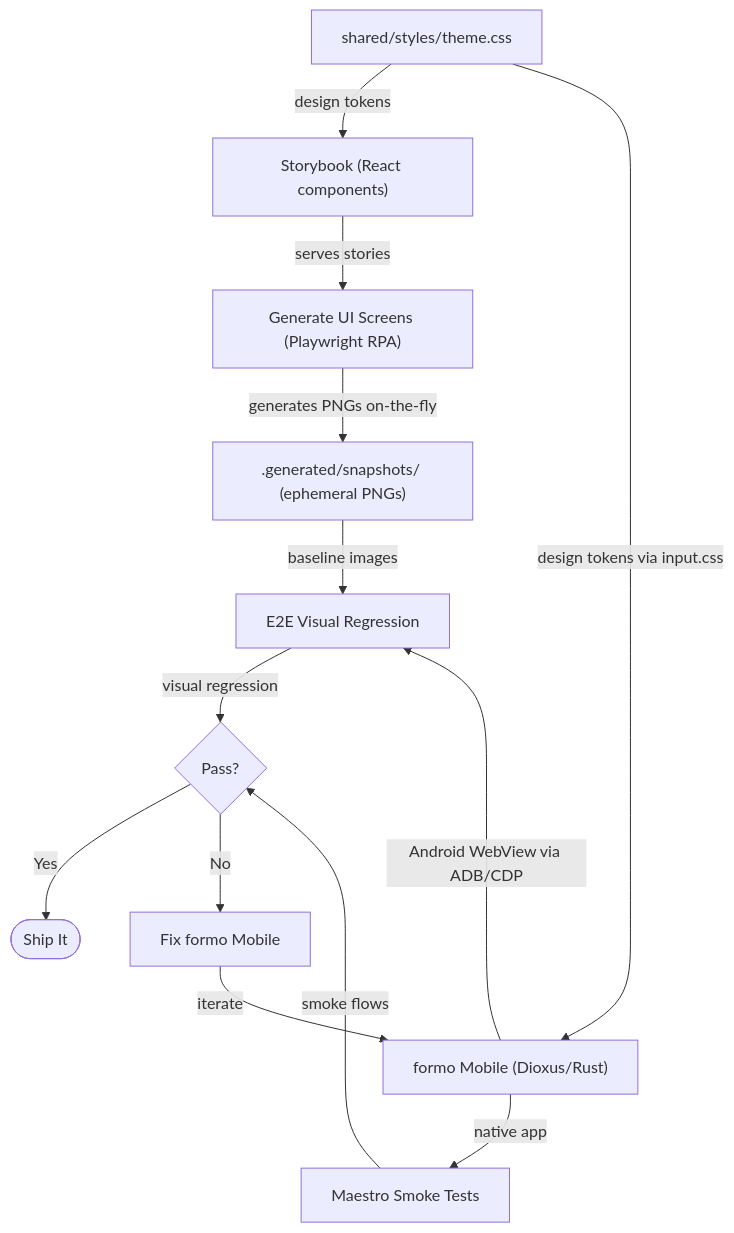
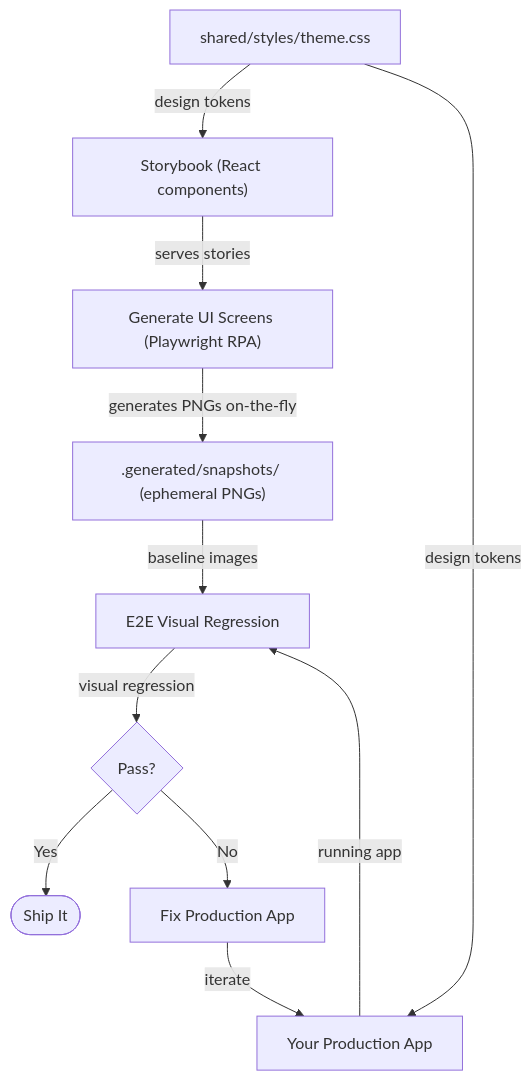
Before and after one commit to virgenherrera/Cross-UI-Template: the second of 5 diagrams in docs/architecture.md, drawn with Mermaid. The commit also changed other lines of this file and 43 other files, not shown here.

````diff
--- a/docs/architecture.md
+++ b/docs/architecture.md
@@ -144,24 +123,21 @@
 ```mermaid
 %% Full data flow showing shared theme and artifact paths
 flowchart TD
     Theme["shared/styles/theme.css"]
     SB["Storybook (React components)"]
     AG["Generate UI Screens (Playwright RPA)"]
     PNG[".generated/snapshots/ (ephemeral PNGs)"]
-    Mobile["formo Mobile (Dioxus/Rust)"]
+    App["Your Production App"]
     E2E["E2E Visual Regression"]
-    Maestro["Maestro Smoke Tests"]
 
     Theme -->|"design tokens"| SB
-    Theme -->|"design tokens via input.css"| Mobile
+    Theme -->|"design tokens"| App
     SB -->|"serves stories"| AG
     AG -->|"generates PNGs on-the-fly"| PNG
     PNG -->|"baseline images"| E2E
-    Mobile -->|"Android WebView via ADB/CDP"| E2E
-    Mobile -->|"native app"| Maestro
+    App -->|"running app"| E2E
     E2E -->|"visual regression"| Pass{Pass?}
-    Maestro -->|"smoke flows"| Pass
     Pass -->|"Yes"| Ship([Ship It])
-    Pass -->|"No"| Fix["Fix formo Mobile"]
-    Fix -->|"iterate"| Mobile
+    Pass -->|"No"| Fix["Fix Production App"]
+    Fix -->|"iterate"| App
 ```
````
